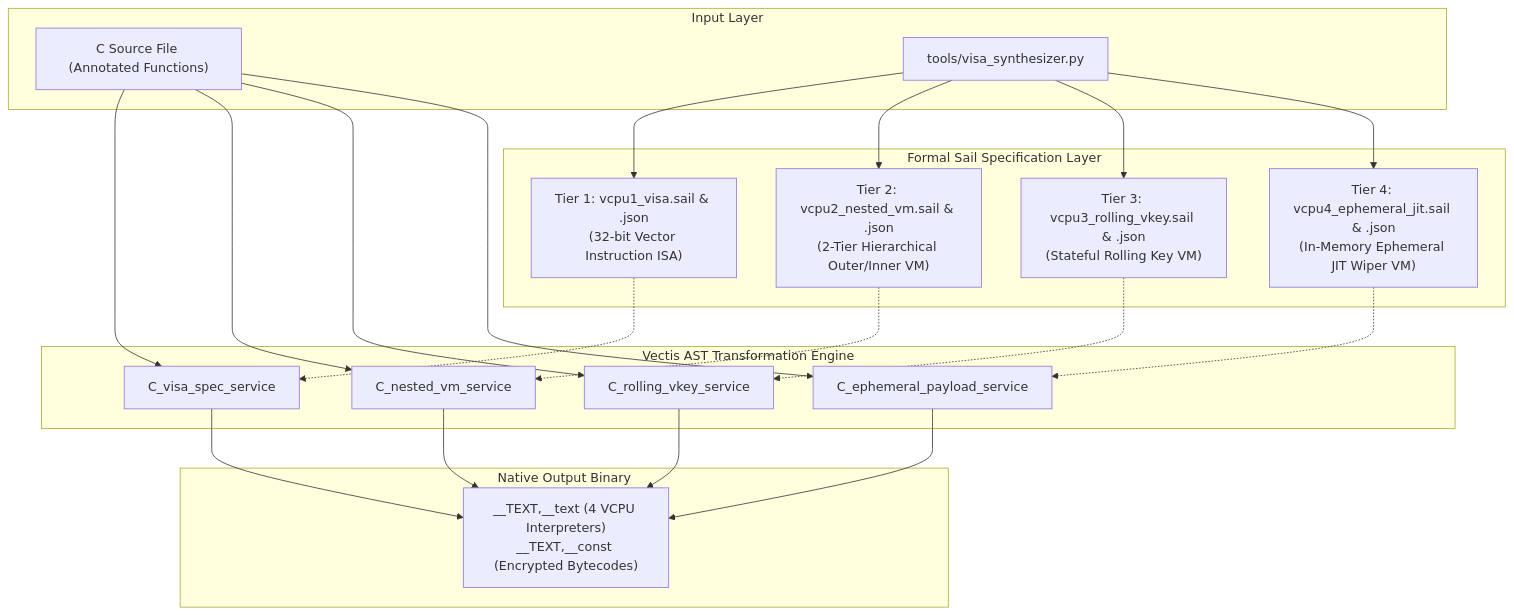
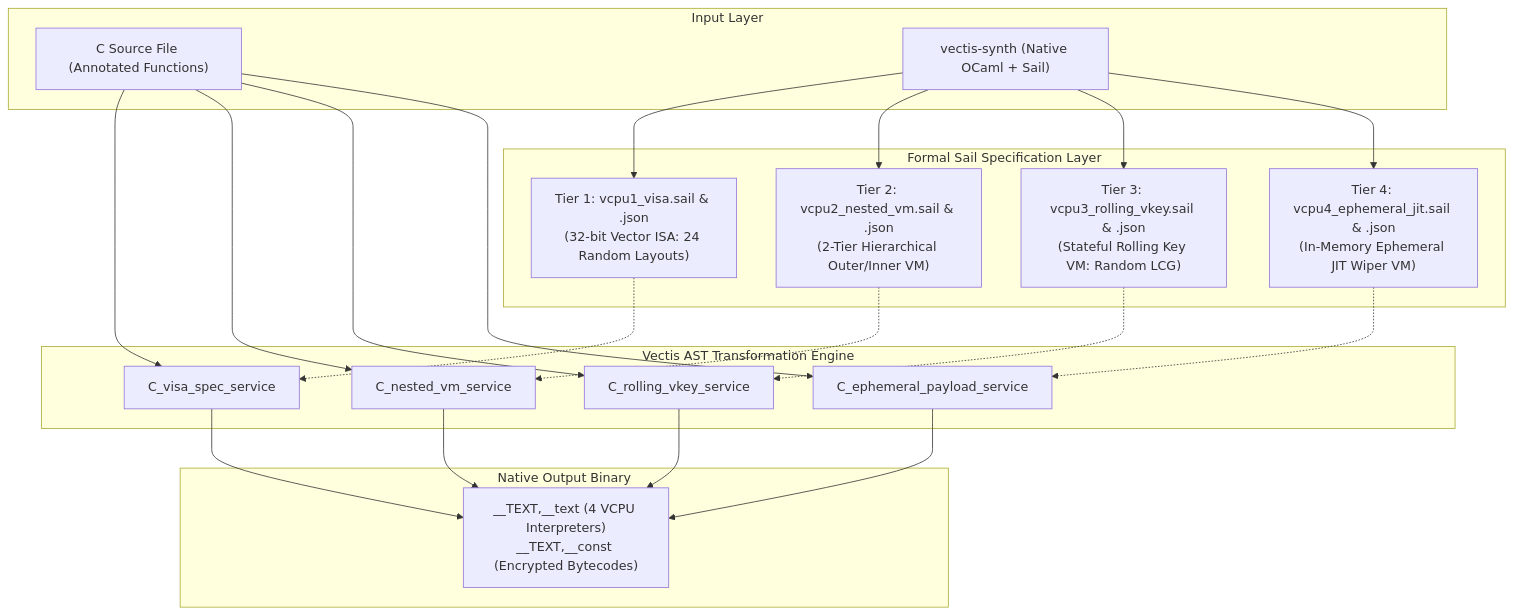
The diagram in docs/4-vcpu-federated-virtualization.md (bivex/ocasorry), drawn with Mermaid before and after one commit. The commit also changed other lines of this file and 1 other file, not shown here.

Commit message:
docs: document 24 dynamic layout permutations, randomized LCG, ML parameter flags, and ephemeral scope

````diff
--- a/docs/4-vcpu-federated-virtualization.md
+++ b/docs/4-vcpu-federated-virtualization.md
@@ -13,32 +13,32 @@
 ```mermaid
 graph TD
     subgraph "Input Layer"
         SRC["C Source File (Annotated Functions)"]
-        SYNTH["tools/visa_synthesizer.py"]
+        SYNTH["vectis-synth (Native OCaml + Sail)"]
     end
 
     subgraph "Formal Sail Specification Layer"
-        SYNTH --> S1["Tier 1: vcpu1_visa.sail & .json<br/>(32-bit Vector Instruction ISA)"]
+        SYNTH --> S1["Tier 1: vcpu1_visa.sail & .json<br/>(32-bit Vector ISA: 24 Random Layouts)"]
         SYNTH --> S2["Tier 2: vcpu2_nested_vm.sail & .json<br/>(2-Tier Hierarchical Outer/Inner VM)"]
-        SYNTH --> S3["Tier 3: vcpu3_rolling_vkey.sail & .json<br/>(Stateful Rolling Key VM)"]
+        SYNTH --> S3["Tier 3: vcpu3_rolling_vkey.sail & .json<br/>(Stateful Rolling Key VM: Random LCG)"]
         SYNTH --> S4["Tier 4: vcpu4_ephemeral_jit.sail & .json<br/>(In-Memory Ephemeral JIT Wiper VM)"]
     end
 
     subgraph "Vectis AST Transformation Engine"
         SRC --> C1["C_visa_spec_service"]
         SRC --> C2["C_nested_vm_service"]
         SRC --> C3["C_rolling_vkey_service"]
         SRC --> C4["C_ephemeral_payload_service"]
         S1 -.-> C1
         S2 -.-> C2
         S3 -.-> C3
         S4 -.-> C4
     end
 
     subgraph "Native Output Binary"
         C1 --> BIN["__TEXT,__text (4 VCPU Interpreters)<br/>__TEXT,__const (Encrypted Bytecodes)"]
         C2 --> BIN
         C3 --> BIN
         C4 --> BIN
     end
 ```
````
